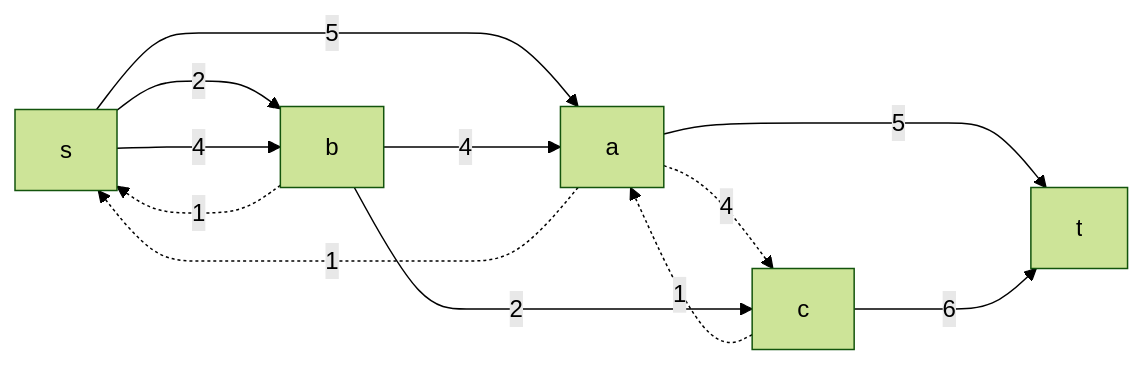
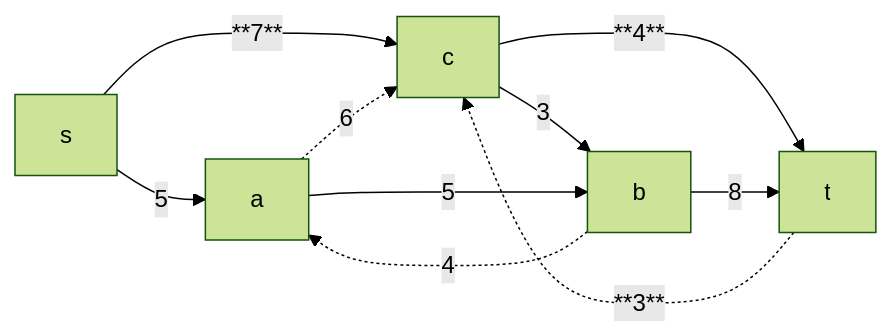
Before and after one commit to hse-algo-24-owl/manual-tasks-owl: diagram 12 of 13 in task-9/mikhailkrug.md, drawn with Mermaid (forest theme). The commit also changed other lines of this file, not shown here.

````diff
--- a/task-9/mikhailkrug.md
+++ b/task-9/mikhailkrug.md
@@ -164,14 +178,13 @@
 ```mermaid
 graph LR
-    s--->|2|b
-    a-.->|1|s
-    s--->|5|a
-    b-.->|1|s
-    s--->|4|b
-    b--->|4|a
-    c-.->|1|a
-    a-.->|4|c
-    b--->|2|c
-    a--->|5|t
-    c--->|6|t
+    s-->|5|a
+    s-->|**7**|c
+    t-.->|**3**|c
+    c-->|**4**|t
+    a-.->|6|c
+    c-->|3|b
+    a-->|5|b
+    b-.->|4|a
+    b-->|8|t
+
 ```
````
